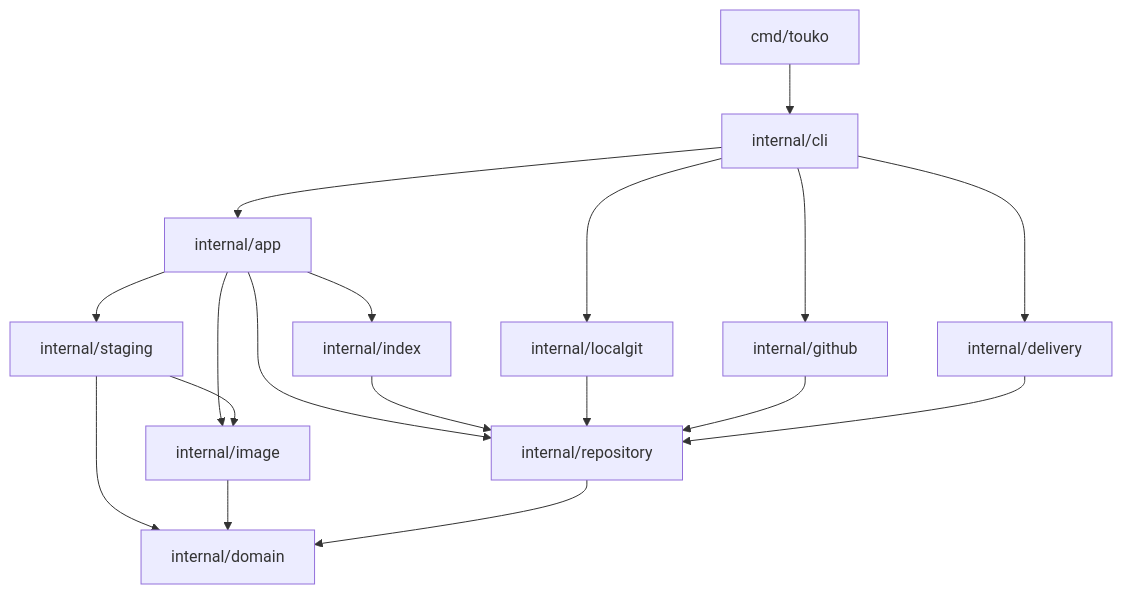
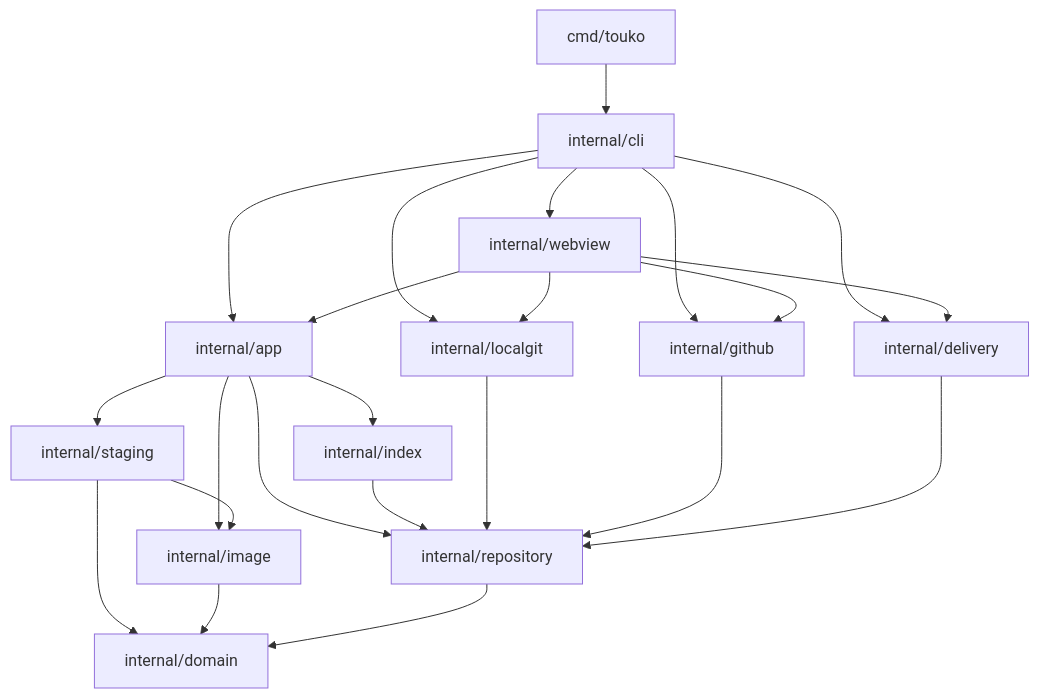
One commit to Eurekaimer/TOUKO changed the diagram in docs/code-guide.md. Above: the diagram before and after it, drawn with Mermaid. The commit also changed other lines of this file and 5 other files, not shown here.

First line of the commit message:
docs: document the gallery interface, desktop shell and acceptance flow

````diff
--- a/docs/code-guide.md
+++ b/docs/code-guide.md
@@ -70,20 +71,25 @@
 ```mermaid
 flowchart TD
     Main[cmd/touko] --> CLI[internal/cli]
     CLI --> App[internal/app]
     CLI --> Local[internal/localgit]
     CLI --> GitHub[internal/github]
     CLI --> Delivery[internal/delivery]
+    CLI --> Web[internal/webview]
+    Web --> App
+    Web --> Local
+    Web --> GitHub
+    Web --> Delivery
     App --> Repo[internal/repository]
     App --> Index[internal/index]
     App --> Ingest[internal/image]
     App --> Stage[internal/staging]
     Stage --> Ingest
     Stage --> Domain[internal/domain]
     Ingest --> Domain
     Index --> Repo
     Repo --> Domain
     Local --> Repo
     GitHub --> Repo
     Delivery --> Repo
 ```
````
